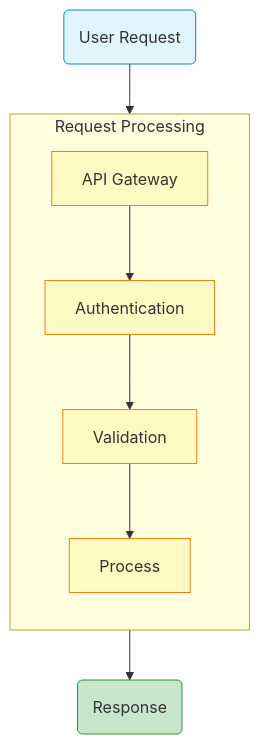
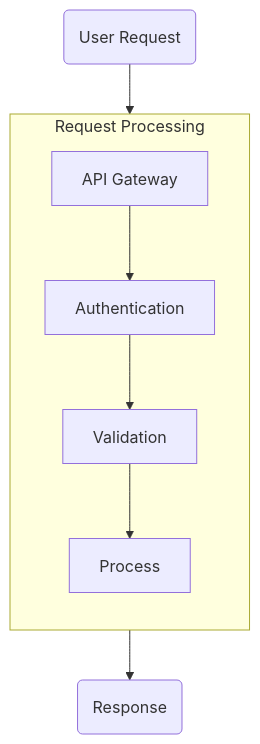
One commit to charles1614/skills changed the second of 3 diagrams in skills/create-deepwiki/references/format-guidelines.md. Above: the diagram before and after it, drawn with Mermaid. The commit also changed other lines of this file and 4 other files, not shown here.

First line of the commit message:
feat(create-deepwiki): forbid hardcoded Mermaid colors, defer styling to app theme

````diff
--- a/skills/create-deepwiki/references/format-guidelines.md
+++ b/skills/create-deepwiki/references/format-guidelines.md
@@ -86,19 +85,14 @@
 ```mermaid
 graph TB
-    %% Style Definitions
-    classDef input fill:#e1f5ff,stroke:#0288d1
-    classDef process fill:#fff9c4,stroke:#f57f17
-    classDef output fill:#c8e6c9,stroke:#388e3c
-
-    Input(User Request):::input
-    Input --> Gateway[API Gateway]:::process
+    Input(User Request)
+    Input --> Gateway[API Gateway]
 
     subgraph Processing [Request Processing]
         direction TB
-        Gateway --> Auth[Authentication]:::process
-        Auth --> Valid[Validation]:::process
-        Valid --> Process[Process]:::process
+        Gateway --> Auth[Authentication]
+        Auth --> Valid[Validation]
+        Valid --> Process[Process]
     end
 
-    Process --> Output(Response):::output
+    Process --> Output(Response)
 ```
````
